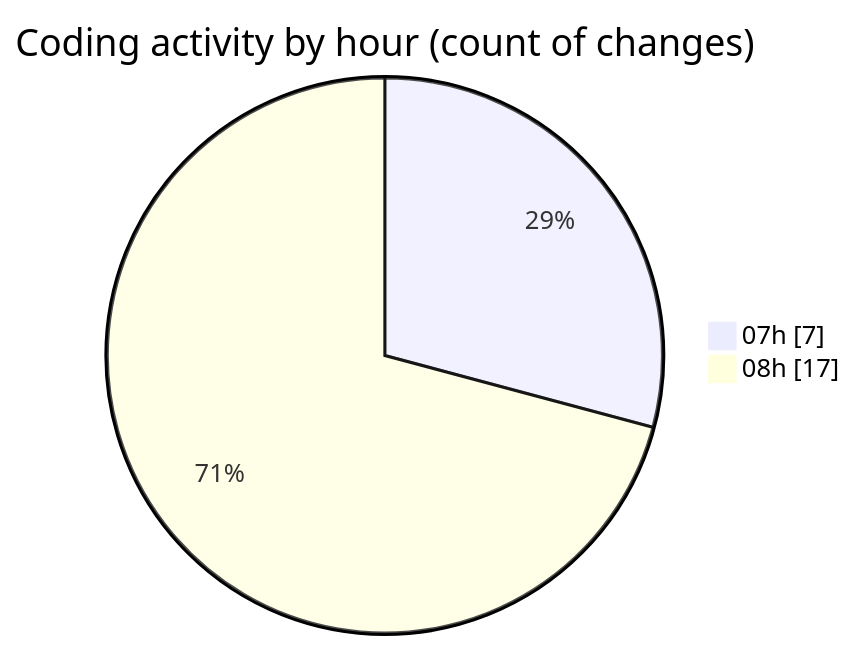
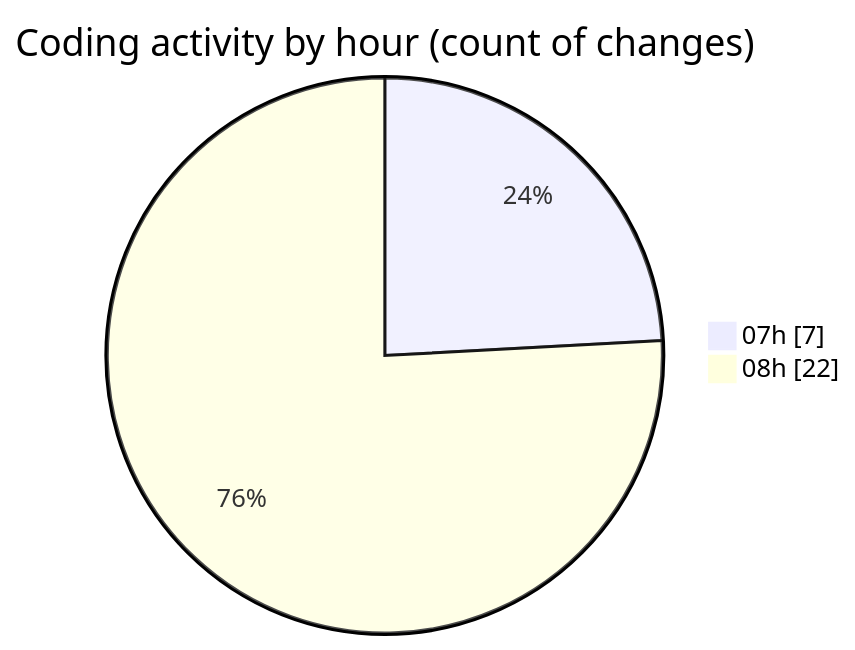
The second of 2 diagrams in 2025-05-04/niten/README.md (Elitesun/code-tracking), drawn with Mermaid before and after one commit. The commit also changed other lines of this file and 1 other file, not shown here.

````diff
--- a/2025-05-04/niten/README.md
+++ b/2025-05-04/niten/README.md
@@ -37,6 +39,6 @@
 ```mermaid
 pie showData
 title Coding activity by hour (count of changes)
 "07h" : 7
-"08h" : 17
+"08h" : 22
 ```
````
